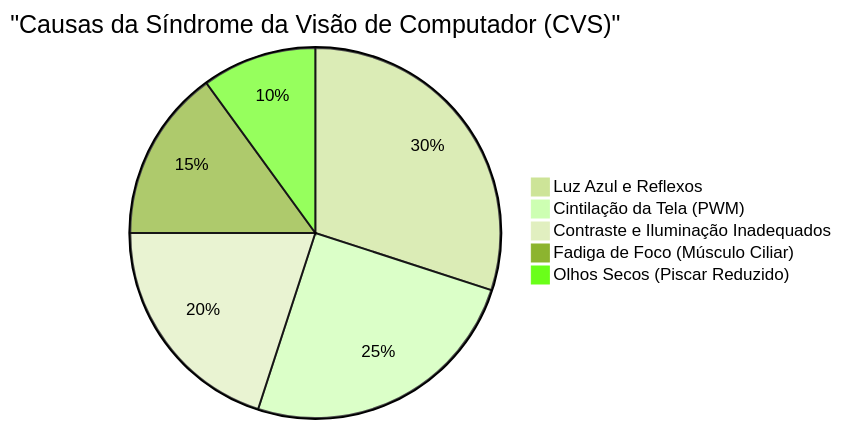
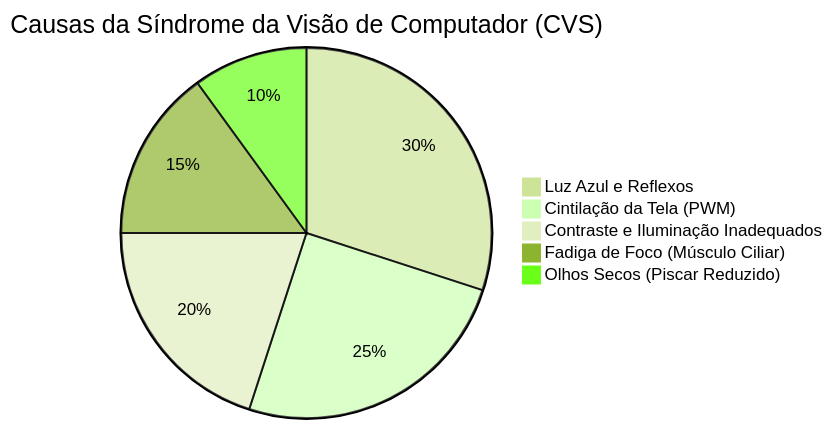
One commit to kenjinote/blog changed the first of 4 diagrams in content/post/eye_strain_relief/index.pt.md. Above: the diagram before and after it, drawn with Mermaid (forest theme). The commit also changed other lines of this file and 703 other files, not shown here.

Commit message:
Fix: Remove quotes from Mermaid link texts and timeline definitions to support Mermaid 11.4.1

````diff
--- a/content/post/eye_strain_relief/index.pt.md
+++ b/content/post/eye_strain_relief/index.pt.md
@@ -24,8 +24,8 @@
 ```mermaid
-pie title "Causas da Síndrome da Visão de Computador (CVS)"
+pie title Causas da Síndrome da Visão de Computador (CVS)
     "Luz Azul e Reflexos" : 30
     "Cintilação da Tela (PWM)" : 25
     "Contraste e Iluminação Inadequados" : 20
     "Fadiga de Foco (Músculo Ciliar)" : 15
     "Olhos Secos (Piscar Reduzido)" : 10
 ```
````
